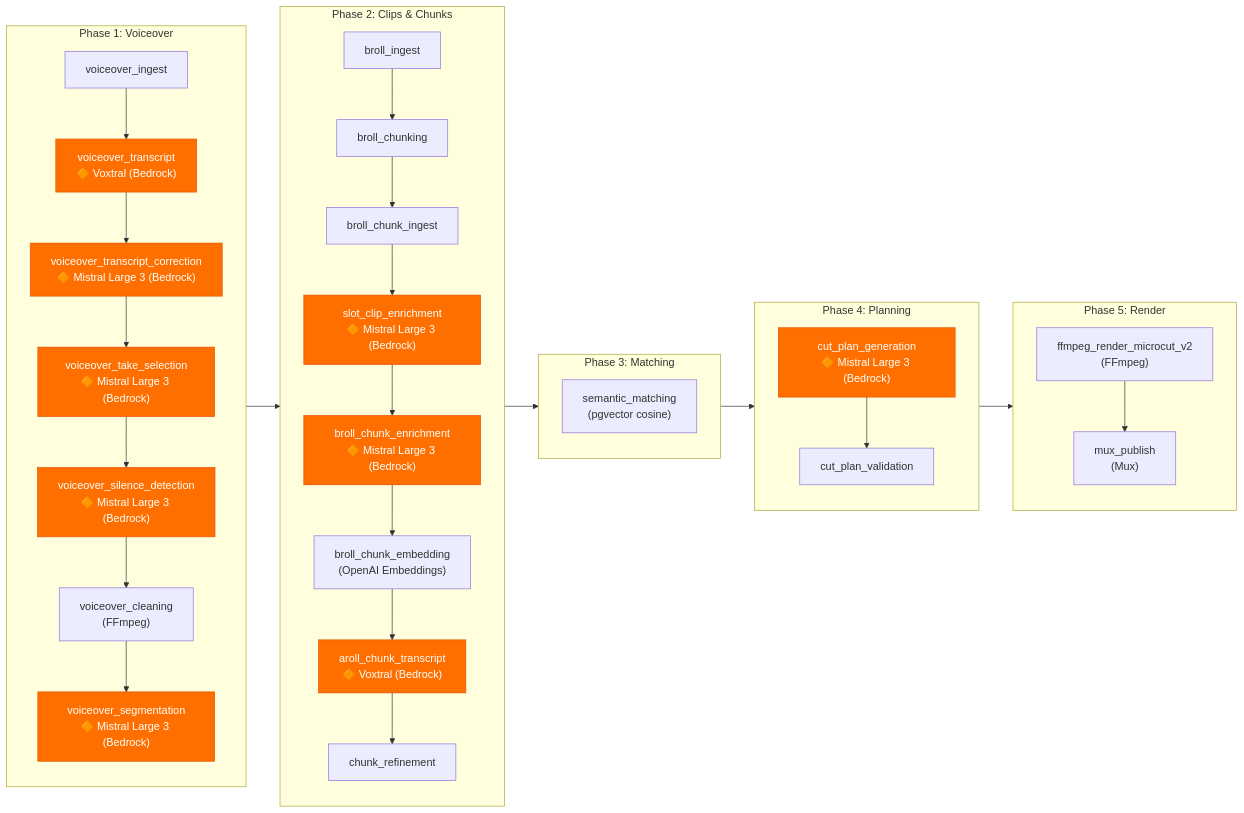
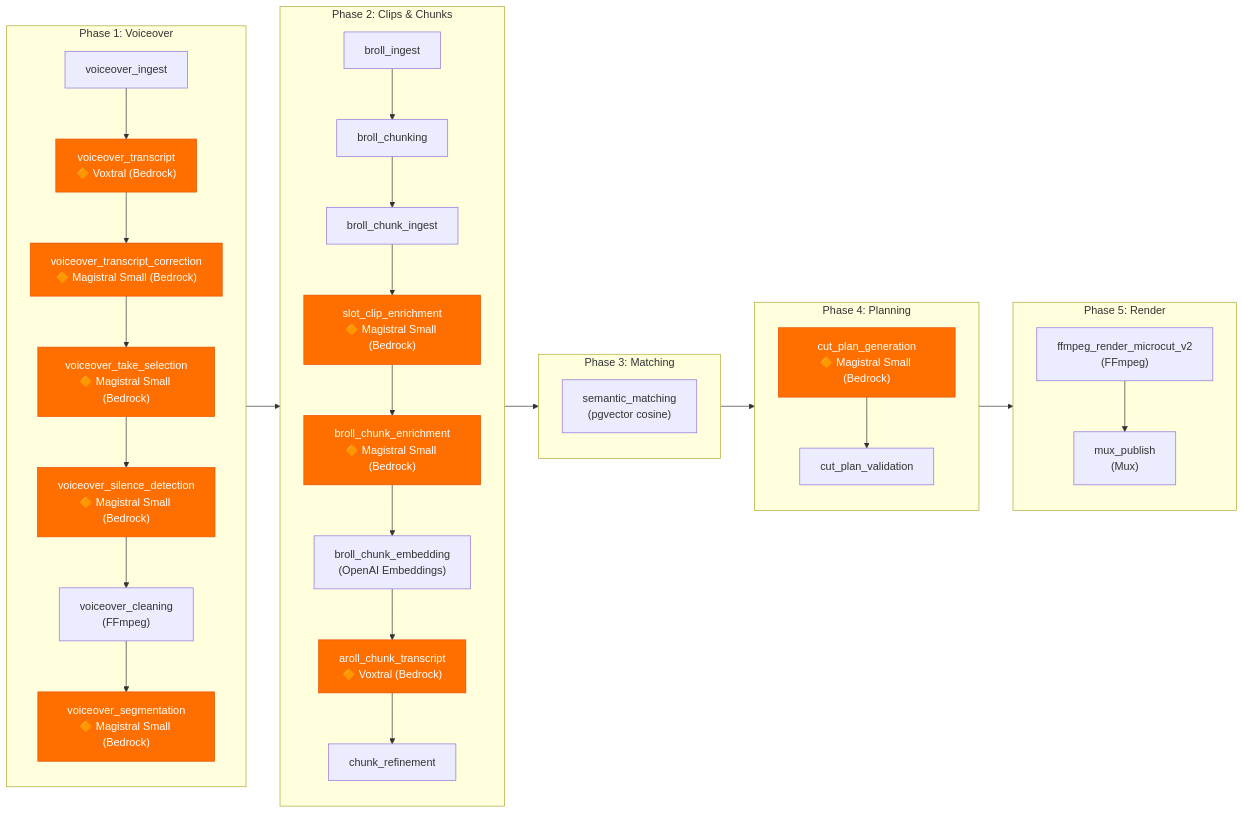
The second of 3 diagrams in ARCHITECTURE.md (Hamza-Rivon/webl-hackathon), drawn with Mermaid before and after one commit. The commit also changed other lines of this file and 82 other files, not shown here.

Commit message:
Update architecture documentation to reflect changes in AI model usages. Introduce PITCH.md for project overview and objectives, detailing the AI video editing platform's capabilities and workflow.

````diff
--- a/ARCHITECTURE.md
+++ b/ARCHITECTURE.md
@@ -40,50 +40,50 @@
 ```mermaid
 flowchart LR
     subgraph Phase1["Phase 1: Voiceover"]
         VI["voiceover_ingest"] --> VT["voiceover_transcript\n🔶 Voxtral (Bedrock)"]
-        VT --> VTC["voiceover_transcript_correction\n🔶 Mistral Large 3 (Bedrock)"]
-        VTC --> VTS["voiceover_take_selection\n🔶 Mistral Large 3 (Bedrock)"]
-        VTS --> VSD["voiceover_silence_detection\n🔶 Mistral Large 3 (Bedrock)"]
+        VT --> VTC["voiceover_transcript_correction\n🔶 Magistral Small (Bedrock)"]
+        VTC --> VTS["voiceover_take_selection\n🔶 Magistral Small (Bedrock)"]
+        VTS --> VSD["voiceover_silence_detection\n🔶 Magistral Small (Bedrock)"]
         VSD --> VC["voiceover_cleaning\n(FFmpeg)"]
-        VC --> VSEG["voiceover_segmentation\n🔶 Mistral Large 3 (Bedrock)"]
+        VC --> VSEG["voiceover_segmentation\n🔶 Magistral Small (Bedrock)"]
     end
 
     subgraph Phase2["Phase 2: Clips & Chunks"]
         BI["broll_ingest"] --> BCH["broll_chunking"]
         BCH --> BCI["broll_chunk_ingest"]
-        BCI --> SCE["slot_clip_enrichment\n🔶 Mistral Large 3 (Bedrock)"]
-        SCE --> BCE["broll_chunk_enrichment\n🔶 Mistral Large 3 (Bedrock)"]
+        BCI --> SCE["slot_clip_enrichment\n🔶 Magistral Small (Bedrock)"]
+        SCE --> BCE["broll_chunk_enrichment\n🔶 Magistral Small (Bedrock)"]
         BCE --> BBE["broll_chunk_embedding\n(OpenAI Embeddings)"]
         BBE --> ACT["aroll_chunk_transcript\n🔶 Voxtral (Bedrock)"]
         ACT --> CR["chunk_refinement"]
     end
 
     subgraph Phase3["Phase 3: Matching"]
         SM["semantic_matching\n(pgvector cosine)"]
     end
 
     subgraph Phase4["Phase 4: Planning"]
-        CPG["cut_plan_generation\n🔶 Mistral Large 3 (Bedrock)"]
+        CPG["cut_plan_generation\n🔶 Magistral Small (Bedrock)"]
         CPG --> CPV["cut_plan_validation"]
     end
 
     subgraph Phase5["Phase 5: Render"]
         FFR["ffmpeg_render_microcut_v2\n(FFmpeg)"]
         FFR --> MP["mux_publish\n(Mux)"]
     end
 
     Phase1 --> Phase2
     Phase2 --> Phase3
     Phase3 --> Phase4
     Phase4 --> Phase5
 
     style VT fill:#ff6f00,stroke:#e65100,color:#fff
     style VTC fill:#ff6f00,stroke:#e65100,color:#fff
     style VTS fill:#ff6f00,stroke:#e65100,color:#fff
     style VSD fill:#ff6f00,stroke:#e65100,color:#fff
     style VSEG fill:#ff6f00,stroke:#e65100,color:#fff
     style SCE fill:#ff6f00,stroke:#e65100,color:#fff
     style BCE fill:#ff6f00,stroke:#e65100,color:#fff
     style CPG fill:#ff6f00,stroke:#e65100,color:#fff
     style ACT fill:#ff6f00,stroke:#e65100,color:#fff
 ```
````
